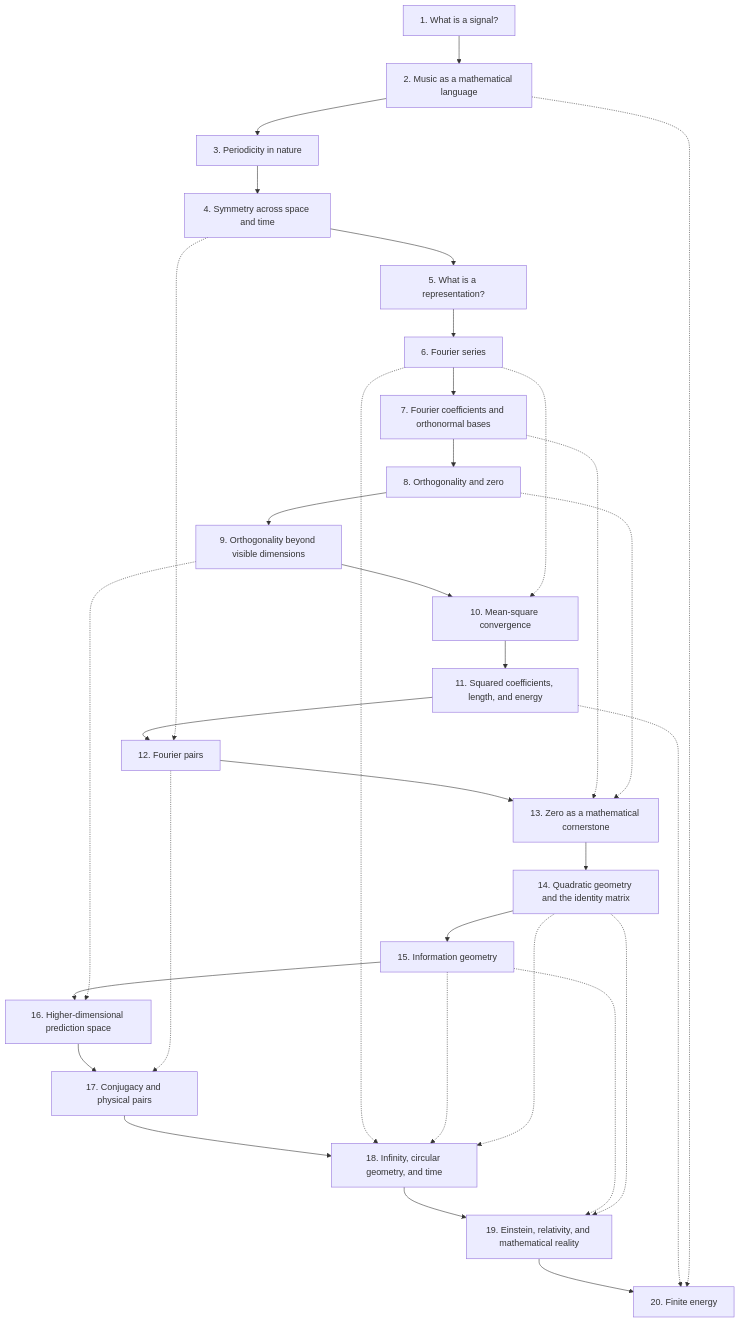
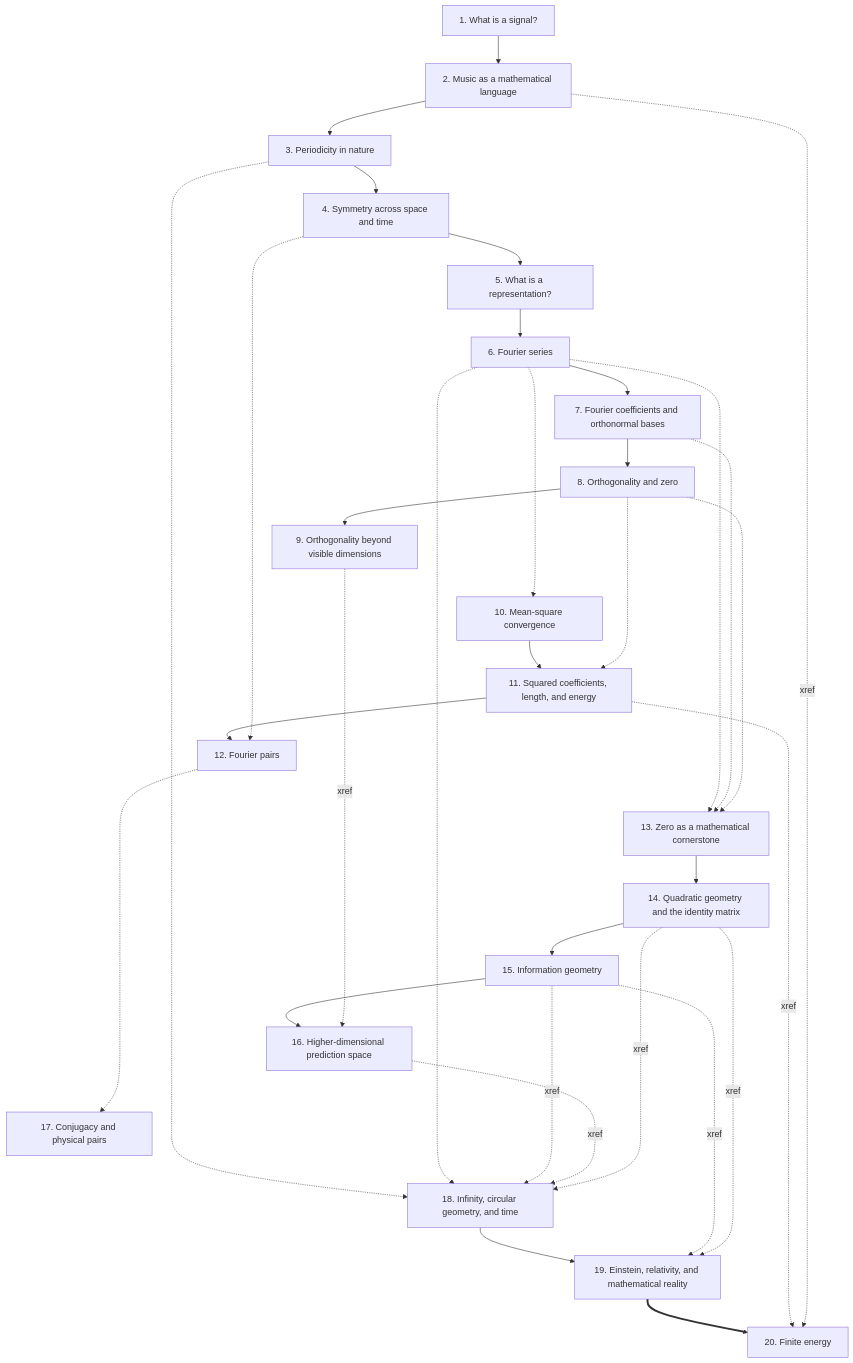
One commit to nadiapriyam/ENERGEO changed the first of 11 diagrams in research/canonical_story.md. Above: the diagram before and after it, drawn with Mermaid. The commit also changed other lines of this file and 18 other files, not shown here.

````diff
--- a/research/canonical_story.md
+++ b/research/canonical_story.md
@@ -51,55 +72,59 @@
 ```mermaid
 flowchart TD
   M1["1. What is a signal?"]
   M2["2. Music as a mathematical language"]
   M3["3. Periodicity in nature"]
   M4["4. Symmetry across space and time"]
   M5["5. What is a representation?"]
   M6["6. Fourier series"]
   M7["7. Fourier coefficients and orthonormal bases"]
   M8["8. Orthogonality and zero"]
   M9["9. Orthogonality beyond visible dimensions"]
   M10["10. Mean-square convergence"]
   M11["11. Squared coefficients, length, and energy"]
   M12["12. Fourier pairs"]
   M13["13. Zero as a mathematical cornerstone"]
   M14["14. Quadratic geometry and the identity matrix"]
   M15["15. Information geometry"]
   M16["16. Higher-dimensional prediction space"]
   M17["17. Conjugacy and physical pairs"]
   M18["18. Infinity, circular geometry, and time"]
   M19["19. Einstein, relativity, and mathematical reality"]
   M20["20. Finite energy"]
   M1 --> M2
   M2 --> M3
   M3 --> M4
   M4 --> M5
   M5 --> M6
   M6 --> M7
   M7 --> M8
   M8 --> M9
-  M9 --> M10
+  M9 ~~~ M10
   M10 --> M11
   M11 --> M12
-  M12 --> M13
+  M12 ~~~ M13
   M13 --> M14
   M14 --> M15
   M15 --> M16
-  M16 --> M17
-  M17 --> M18
+  M16 ~~~ M17
+  M17 ~~~ M18
   M18 --> M19
-  M19 --> M20
-  M6 -.-> M18
+  M19 ==> M20
   M6 -.-> M10
+  M8 -.-> M11
+  M6 -.-> M13
   M7 -.-> M13
   M8 -.-> M13
+  M4 -.-> M12
   M12 -.-> M17
-  M15 -.-> M18
-  M15 -.-> M19
-  M11 -.-> M20
-  M2 -.-> M20
-  M4 -.-> M12
-  M14 -.-> M18
-  M14 -.-> M19
-  M9 -.-> M16
+  M3 -.-> M18
+  M6 -.-> M18
+  M15 -. xref .-> M18
+  M16 -. xref .-> M18
+  M15 -. xref .-> M19
+  M9 -. xref .-> M16
+  M14 -. xref .-> M18
+  M14 -. xref .-> M19
+  M11 -. xref .-> M20
+  M2 -. xref .-> M20
 ```
````
